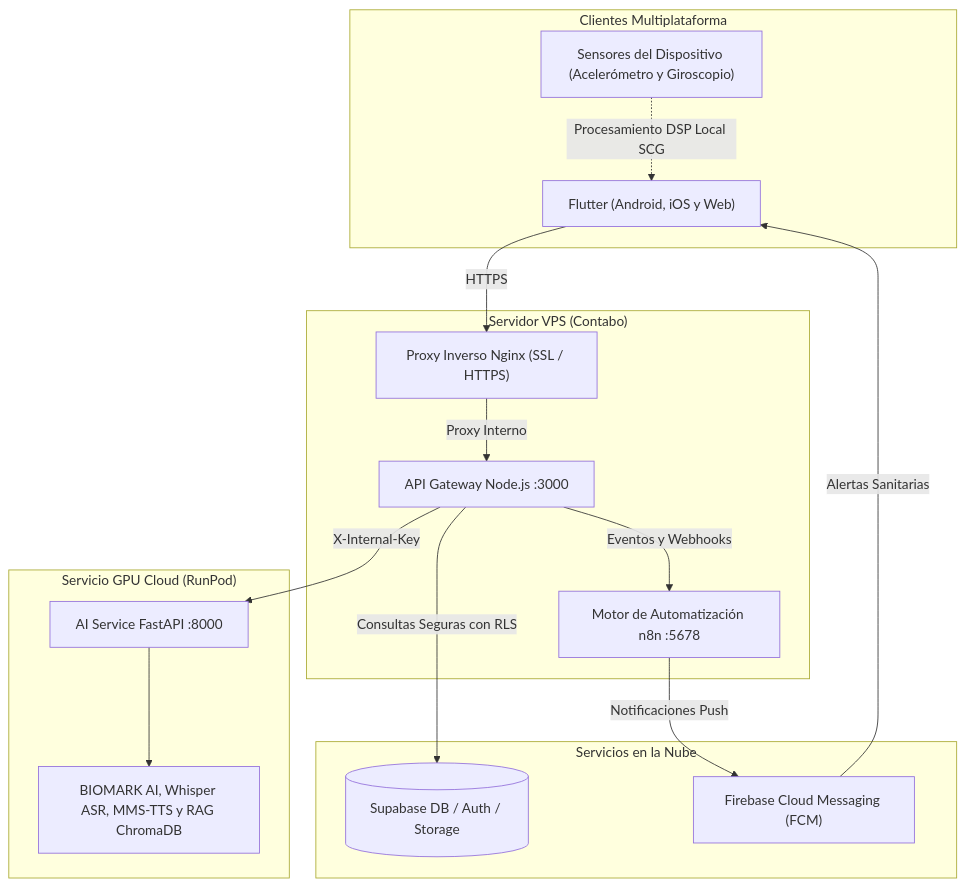
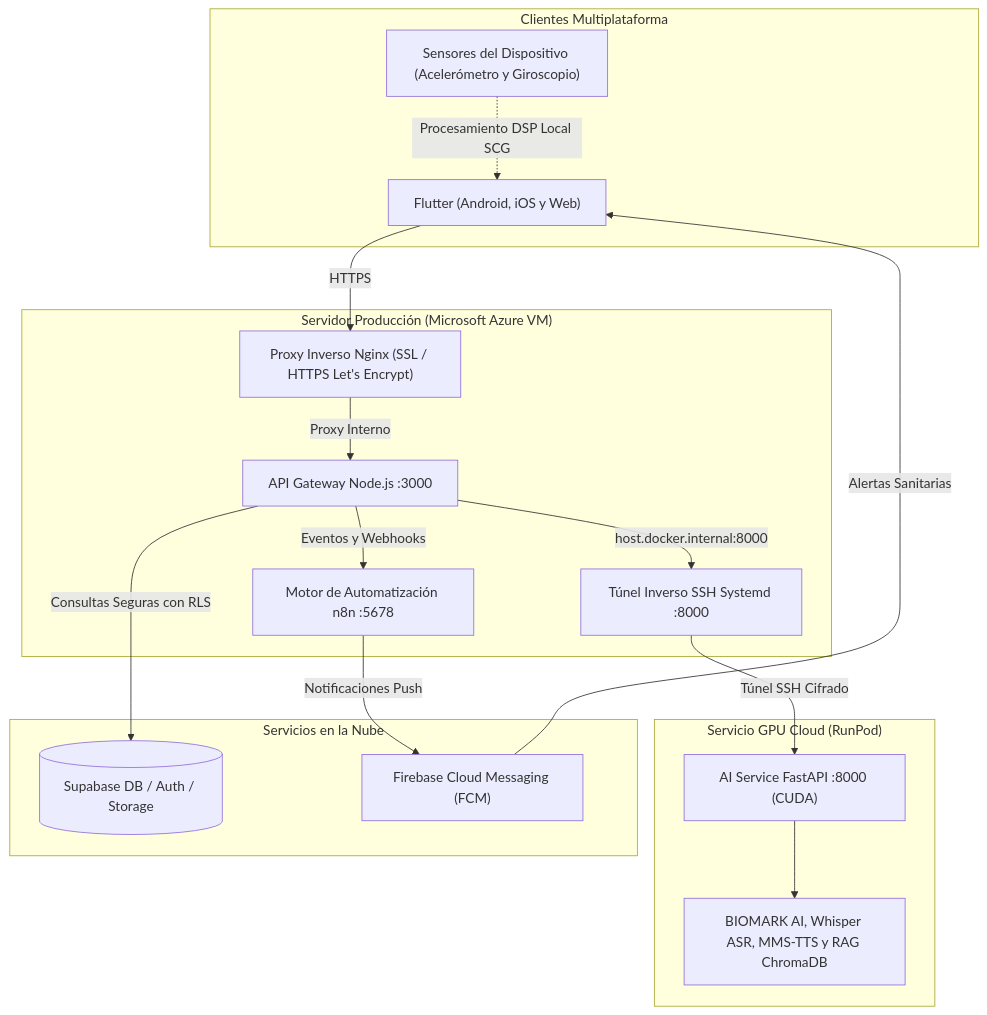
The diagram in README.md (Ramon-Lop-Dev/Biomark-AI), drawn with Mermaid before and after one commit. The commit also changed other lines of this file and 7 other files, not shown here.

````diff
--- a/README.md
+++ b/README.md
@@ -13,33 +13,35 @@
 ```mermaid
 flowchart TD
   subgraph Clientes ["Clientes Multiplataforma"]
     F["Flutter (Android, iOS y Web)"]
     Sensors["Sensores del Dispositivo (Acelerómetro y Giroscopio)"]
   end
 
-  subgraph ServidorVPS ["Servidor VPS (Contabo)"]
-    Nginx["Proxy Inverso Nginx (SSL / HTTPS)"]
+  subgraph ServidorAzure ["Servidor Producción (Microsoft Azure VM)"]
+    Nginx["Proxy Inverso Nginx (SSL / HTTPS Let's Encrypt)"]
     Backend["API Gateway Node.js :3000"]
     N8N["Motor de Automatización n8n :5678"]
+    Tunnel["Túnel Inverso SSH Systemd :8000"]
   end
 
   subgraph InferenciaIA ["Servicio GPU Cloud (RunPod)"]
-    FastAPI["AI Service FastAPI :8000"]
+    FastAPI["AI Service FastAPI :8000 (CUDA)"]
     Models["BIOMARK AI, Whisper ASR, MMS-TTS y RAG ChromaDB"]
   end
 
   subgraph ServiciosCloud ["Servicios en la Nube"]
     DB[("Supabase DB / Auth / Storage")]
     FCM["Firebase Cloud Messaging (FCM)"]
   end
 
   F -->|HTTPS| Nginx
   Sensors -.->|Procesamiento DSP Local SCG| F
   Nginx -->|Proxy Interno| Backend
   Backend -->|Consultas Seguras con RLS| DB
-  Backend -->|X-Internal-Key| FastAPI
+  Backend -->|host.docker.internal:8000| Tunnel
+  Tunnel -->|Túnel SSH Cifrado| FastAPI
   FastAPI --> Models
   Backend -->|Eventos y Webhooks| N8N
   N8N -->|Notificaciones Push| FCM
   FCM -->|Alertas Sanitarias| F
 ```
````
